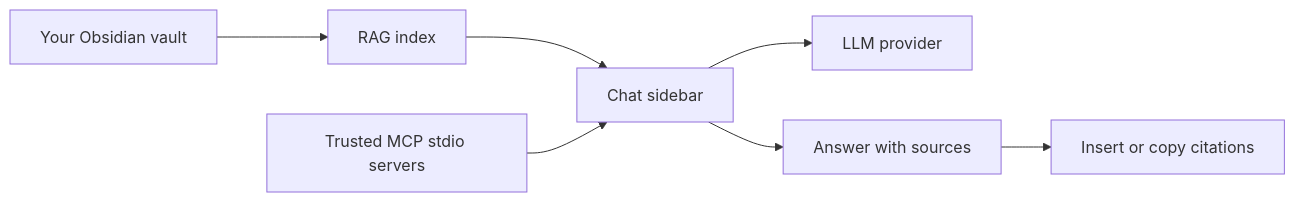
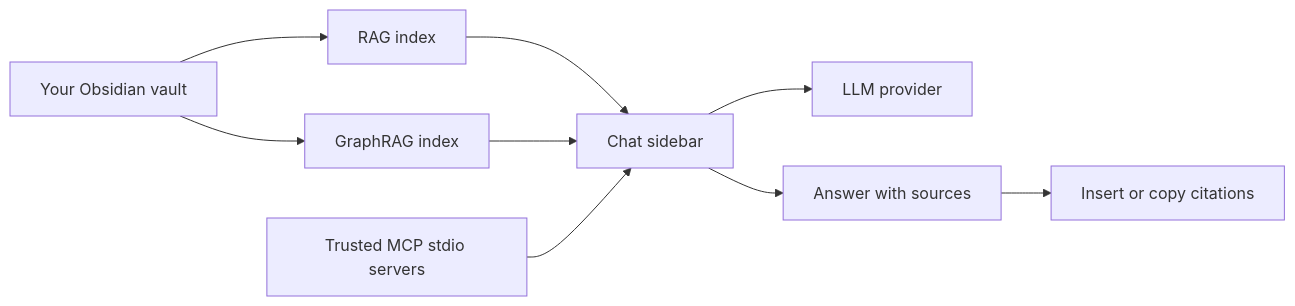
The diagram in README.md (magnitus99/Superpower-Inside), drawn with Mermaid before and after one commit. The commit also changed other lines of this file and 4 other files, not shown here.

````diff
--- a/README.md
+++ b/README.md
@@ -26,9 +26,11 @@
 ```mermaid
 flowchart LR
     A["Your Obsidian vault"] --> B["RAG index"]
+    A --> H["GraphRAG index"]
     C["Chat sidebar"] --> D["LLM provider"]
     B --> C
+    H --> C
     E["Trusted MCP stdio servers"] --> C
     C --> F["Answer with sources"]
     F --> G["Insert or copy citations"]
 ```
````
